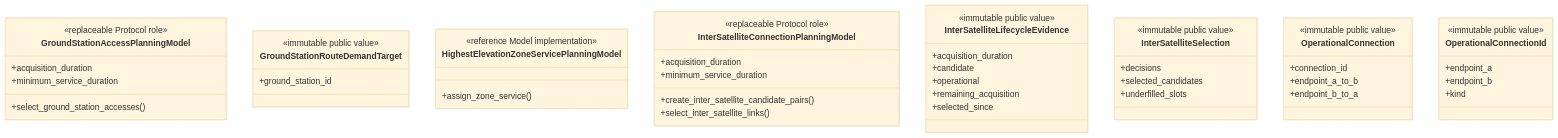
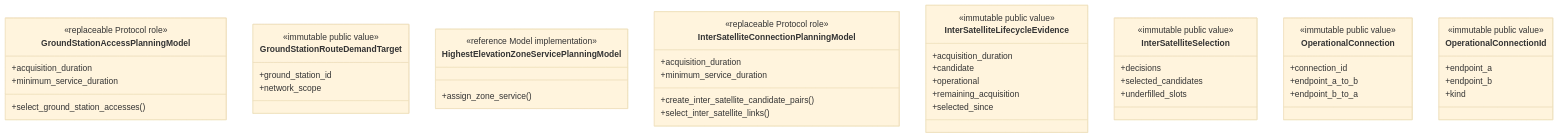
Before and after one commit to seed-labs/skyseed: the third of 8 diagrams in skyseed_v2/src/skyseed_v2/simulator/planning/README.md, drawn with Mermaid (base theme). The commit also changed other lines of this file and 60 other files, not shown here.

````diff
--- a/skyseed_v2/src/skyseed_v2/simulator/planning/README.md
+++ b/skyseed_v2/src/skyseed_v2/simulator/planning/README.md
@@ -315,50 +315,51 @@
 ```mermaid
 classDiagram
     class GroundStationAccessPlanningModel {
         <<replaceable Protocol role>>
         +acquisition_duration
         +minimum_service_duration
         +select_ground_station_accesses()
     }
     class GroundStationRouteDemandTarget {
         <<immutable public value>>
         +ground_station_id
+        +network_scope
     }
     class HighestElevationZoneServicePlanningModel {
         <<reference Model implementation>>
         +assign_zone_service()
     }
     class InterSatelliteConnectionPlanningModel {
         <<replaceable Protocol role>>
         +acquisition_duration
         +create_inter_satellite_candidate_pairs()
         +minimum_service_duration
         +select_inter_satellite_links()
     }
     class InterSatelliteLifecycleEvidence {
         <<immutable public value>>
         +acquisition_duration
         +candidate
         +operational
         +remaining_acquisition
         +selected_since
     }
     class InterSatelliteSelection {
         <<immutable public value>>
         +decisions
         +selected_candidates
         +underfilled_slots
     }
     class OperationalConnection {
         <<immutable public value>>
         +connection_id
         +endpoint_a_to_b
         +endpoint_b_to_a
     }
     class OperationalConnectionId {
         <<immutable public value>>
         +endpoint_a
         +endpoint_b
         +kind
     }
 ```
````
